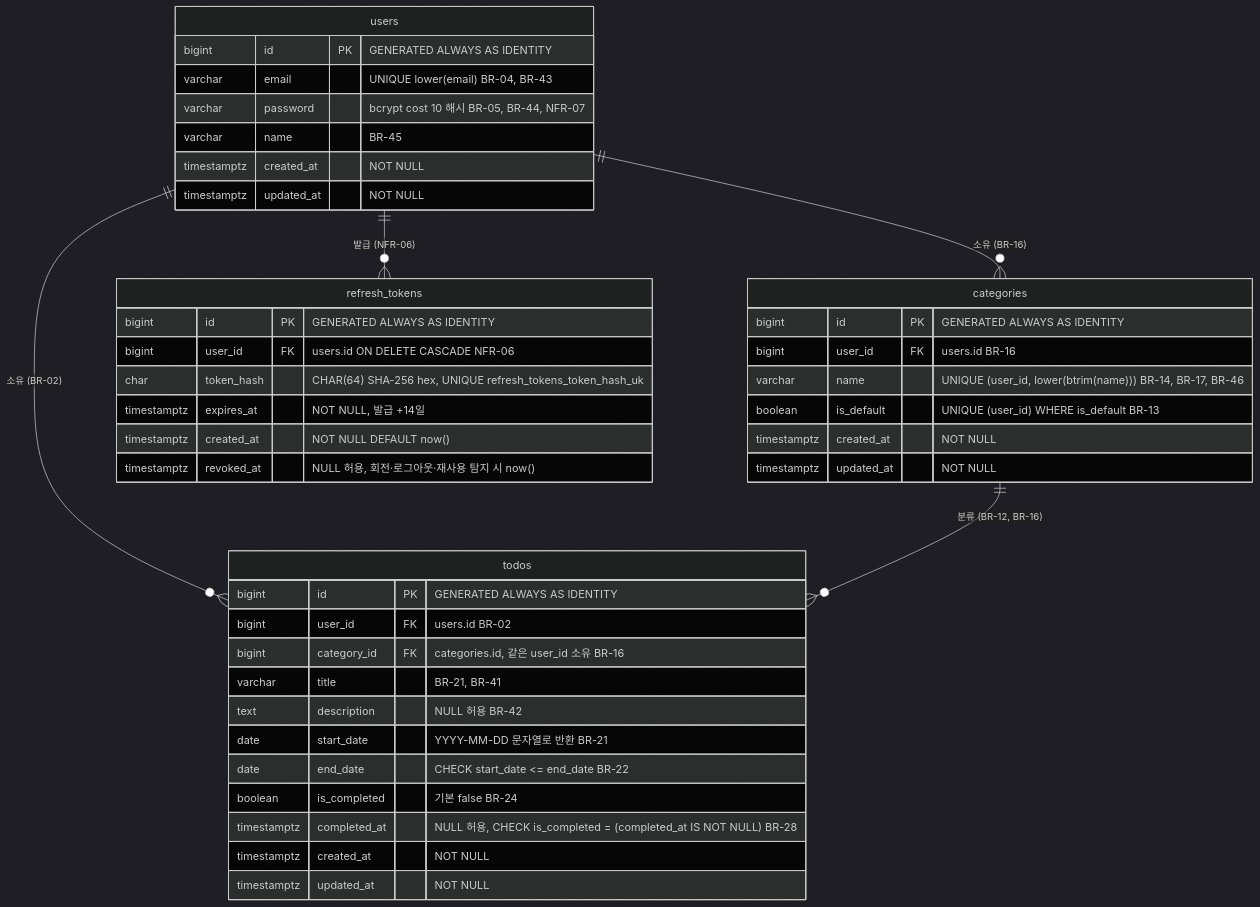
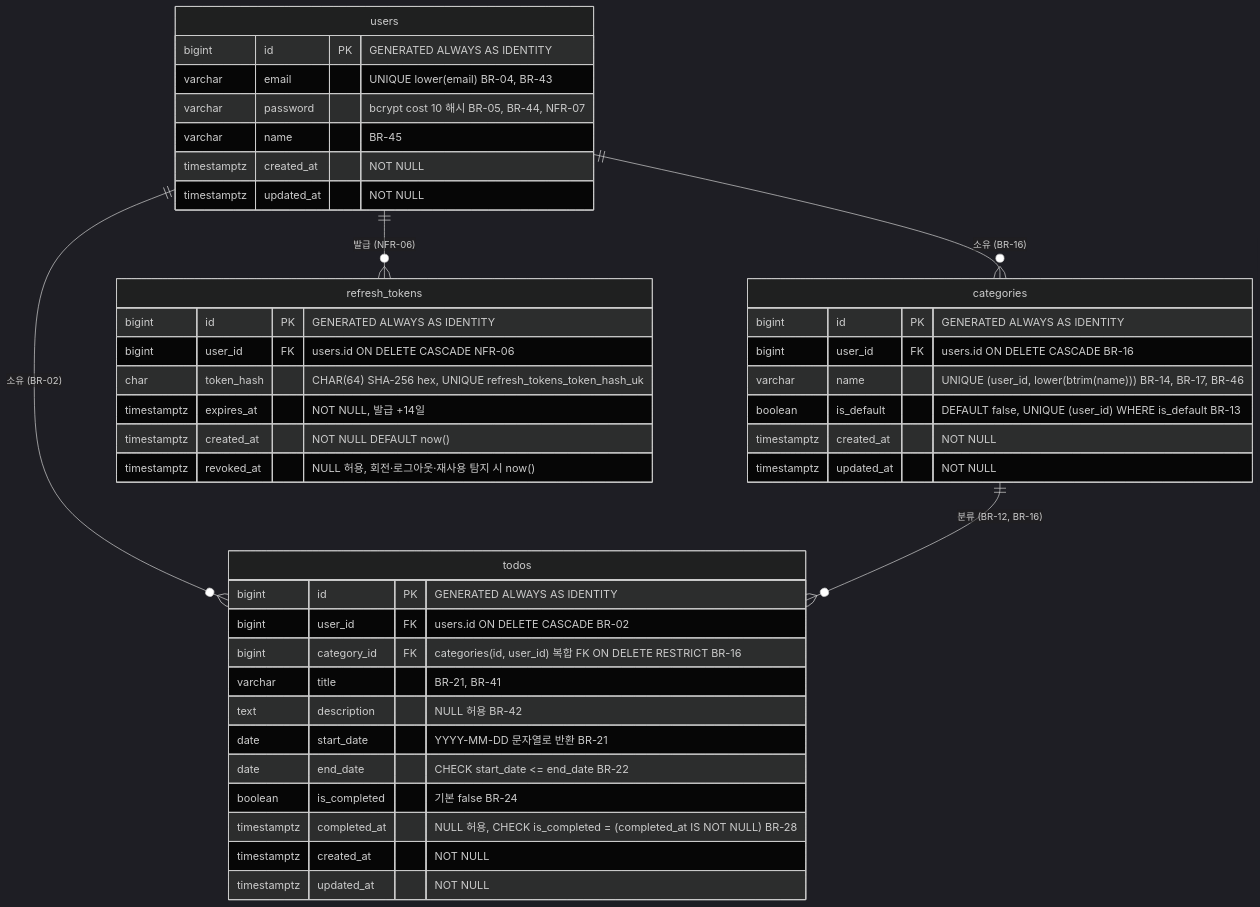
Before and after one commit to okbaronok2-tech/todolist_app: the second of 2 diagrams in docs/7-erd.md, drawn with Mermaid (dark theme). The commit also changed other lines of this file and 8 other files, not shown here.

````diff
--- a/docs/7-erd.md
+++ b/docs/7-erd.md
@@ -91,48 +92,48 @@
 ```mermaid
 erDiagram
     users ||--o{ categories : "소유 (BR-16)"
     users ||--o{ todos : "소유 (BR-02)"
     users ||--o{ refresh_tokens : "발급 (NFR-06)"
     categories ||--o{ todos : "분류 (BR-12, BR-16)"
 
     users {
         bigint id PK "GENERATED ALWAYS AS IDENTITY"
         varchar email "UNIQUE lower(email) BR-04, BR-43"
         varchar password "bcrypt cost 10 해시 BR-05, BR-44, NFR-07"
         varchar name "BR-45"
         timestamptz created_at "NOT NULL"
         timestamptz updated_at "NOT NULL"
     }
 
     refresh_tokens {
         bigint id PK "GENERATED ALWAYS AS IDENTITY"
         bigint user_id FK "users.id ON DELETE CASCADE NFR-06"
         char token_hash "CHAR(64) SHA-256 hex, UNIQUE refresh_tokens_token_hash_uk"
         timestamptz expires_at "NOT NULL, 발급 +14일"
         timestamptz created_at "NOT NULL DEFAULT now()"
         timestamptz revoked_at "NULL 허용, 회전·로그아웃·재사용 탐지 시 now()"
     }
 
     categories {
         bigint id PK "GENERATED ALWAYS AS IDENTITY"
-        bigint user_id FK "users.id BR-16"
+        bigint user_id FK "users.id ON DELETE CASCADE BR-16"
         varchar name "UNIQUE (user_id, lower(btrim(name))) BR-14, BR-17, BR-46"
-        boolean is_default "UNIQUE (user_id) WHERE is_default BR-13"
+        boolean is_default "DEFAULT false, UNIQUE (user_id) WHERE is_default BR-13"
         timestamptz created_at "NOT NULL"
         timestamptz updated_at "NOT NULL"
     }
 
     todos {
         bigint id PK "GENERATED ALWAYS AS IDENTITY"
-        bigint user_id FK "users.id BR-02"
-        bigint category_id FK "categories.id, 같은 user_id 소유 BR-16"
+        bigint user_id FK "users.id ON DELETE CASCADE BR-02"
+        bigint category_id FK "categories(id, user_id) 복합 FK ON DELETE RESTRICT BR-16"
         varchar title "BR-21, BR-41"
         text description "NULL 허용 BR-42"
         date start_date "YYYY-MM-DD 문자열로 반환 BR-21"
         date end_date "CHECK start_date <= end_date BR-22"
         boolean is_completed "기본 false BR-24"
         timestamptz completed_at "NULL 허용, CHECK is_completed = (completed_at IS NOT NULL) BR-28"
         timestamptz created_at "NOT NULL"
         timestamptz updated_at "NOT NULL"
     }
 ```
````
